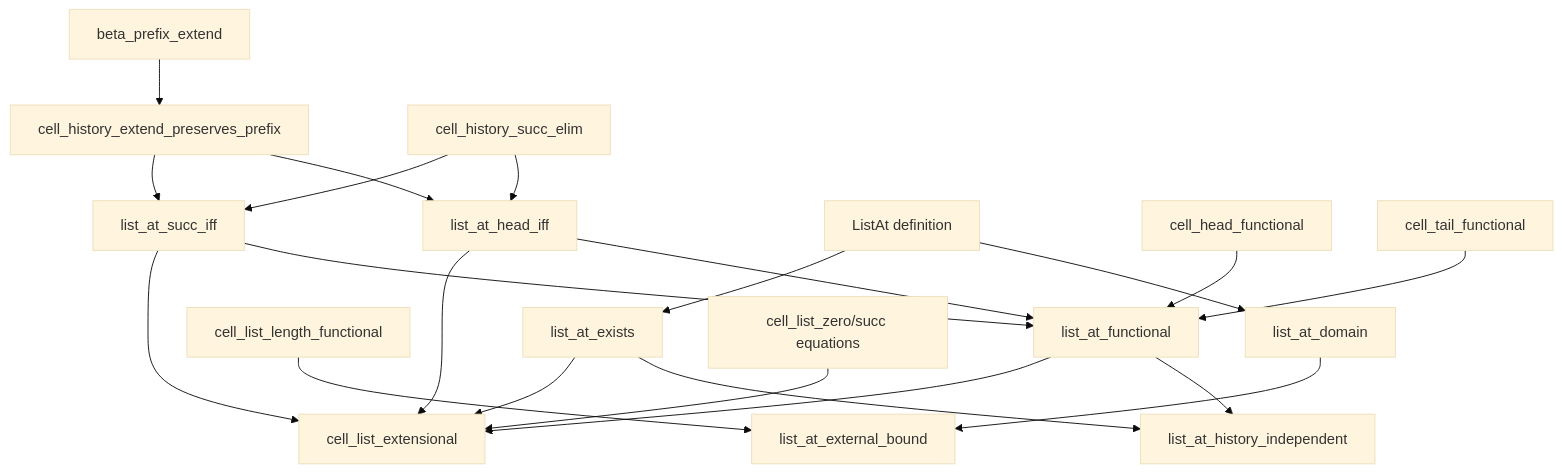
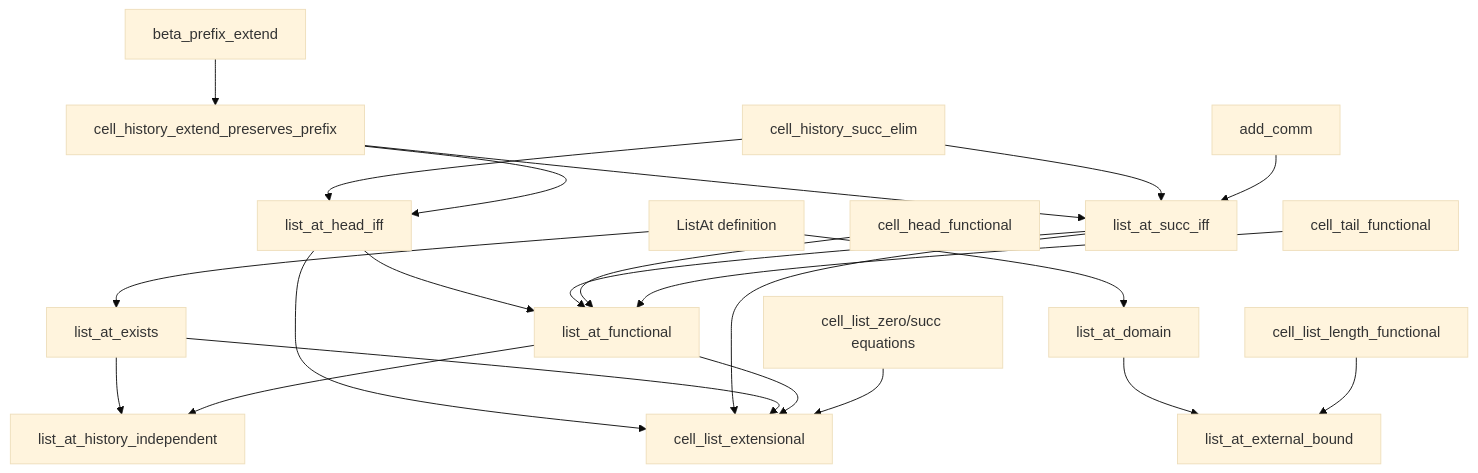
Before and after one commit to nasqret/vietnam2026: the diagram in research/arithmetic-library/ha-cell-list-lookup-rfc-v1.md, drawn with Mermaid (base theme). The commit also changed other lines of this file and 12 other files, not shown here.

````diff
--- a/research/arithmetic-library/ha-cell-list-lookup-rfc-v1.md
+++ b/research/arithmetic-library/ha-cell-list-lookup-rfc-v1.md
@@ -253,27 +253,28 @@
 ```mermaid
 flowchart TD
   BPE[beta_prefix_extend] --> PRES[cell_history_extend_preserves_prefix]
   CHE[cell_history_succ_elim] --> HEAD[list_at_head_iff]
   PRES --> HEAD
   PRES --> SUCC[list_at_succ_iff]
   CHE --> SUCC
+  AC[add_comm] --> SUCC
 
   DEF[ListAt definition] --> DOM[list_at_domain]
   DOM --> BOUND[list_at_external_bound]
   LEN[cell_list_length_functional] --> BOUND
   DEF --> EXISTS[list_at_exists]
 
   HEAD --> FUNC[list_at_functional]
   SUCC --> FUNC
   CHF[cell_head_functional] --> FUNC
   CTF[cell_tail_functional] --> FUNC
 
   EXISTS --> INDEP[list_at_history_independent]
   FUNC --> INDEP
 
   HEAD --> EXT[cell_list_extensional]
   SUCC --> EXT
   EXISTS --> EXT
   FUNC --> EXT
   EQNS[cell_list_zero/succ equations] --> EXT
 ```
````
